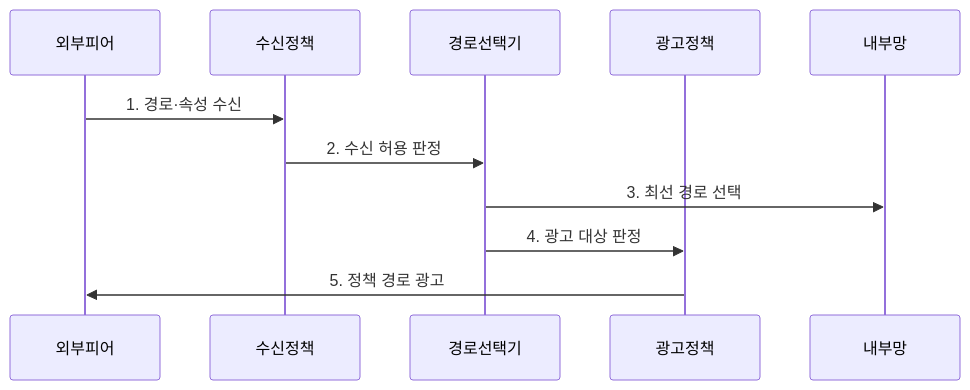
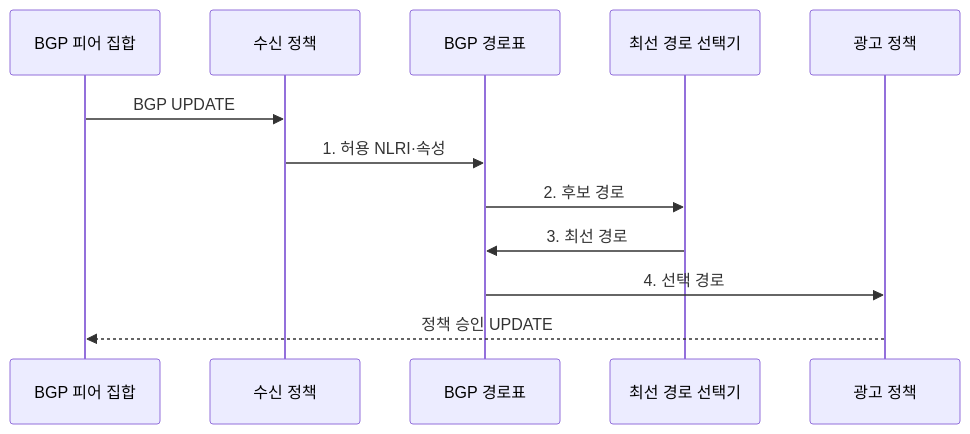
Before and after one commit to agnusdei1207/knowledge-base: the second of 2 diagrams in src/content/docs/notes/04-network/012_bgp_border_gateway_protocol.md, drawn with Mermaid. The commit also changed other lines of this file and 20 other files, not shown here.

````diff
--- a/src/content/docs/notes/04-network/012_bgp_border_gateway_protocol.md
+++ b/src/content/docs/notes/04-network/012_bgp_border_gateway_protocol.md
@@ -89,13 +93,14 @@
 ```mermaid
 sequenceDiagram
-    participant 외부피어
-    participant 수신정책
-    participant 경로선택기
-    participant 광고정책
-    participant 내부망
-    외부피어->>수신정책: 1. 경로·속성 수신
-    수신정책->>경로선택기: 2. 수신 허용 판정
-    경로선택기->>내부망: 3. 최선 경로 선택
-    경로선택기->>광고정책: 4. 광고 대상 판정
-    광고정책->>외부피어: 5. 정책 경로 광고
+    participant P as BGP 피어 집합
+    participant I as 수신 정책
+    participant R as BGP 경로표
+    participant S as 최선 경로 선택기
+    participant O as 광고 정책
+    P->>I: BGP UPDATE
+    I->>R: 1. 허용 NLRI·속성
+    R->>S: 2. 후보 경로
+    S->>R: 3. 최선 경로
+    R->>O: 4. 선택 경로
+    O-->>P: 정책 승인 UPDATE
 ```
````
